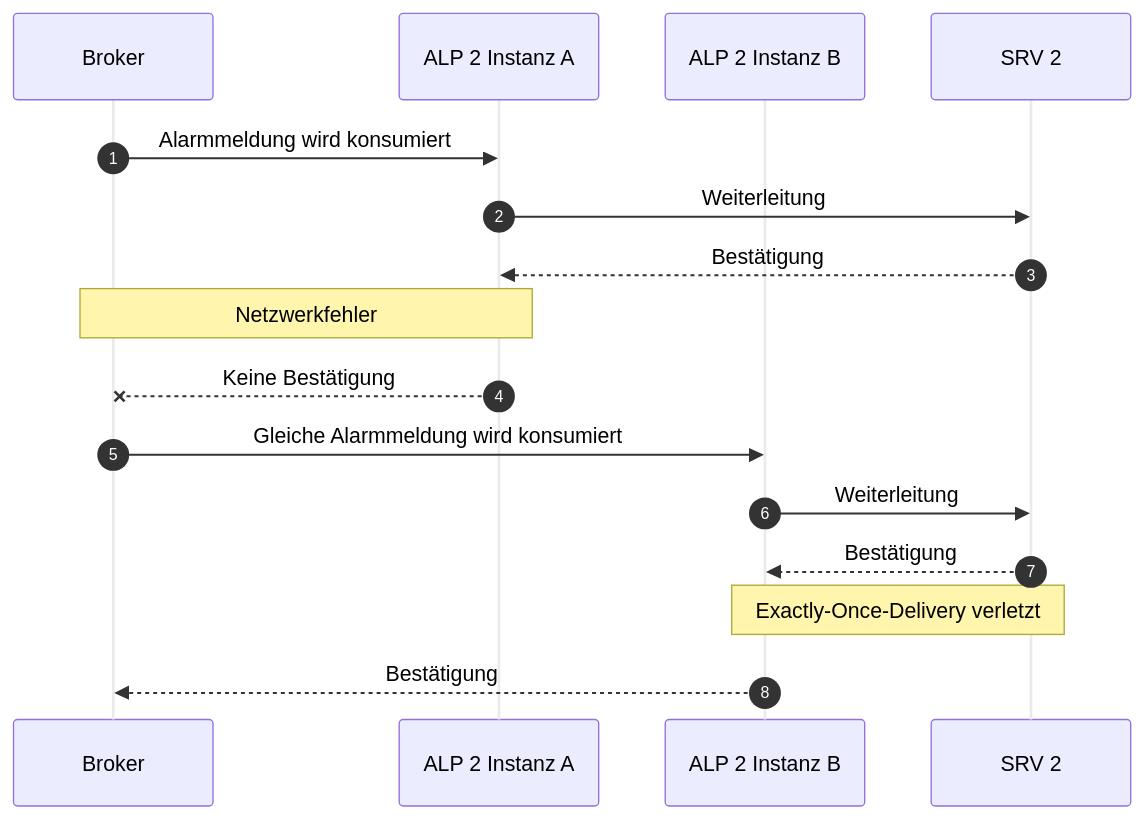
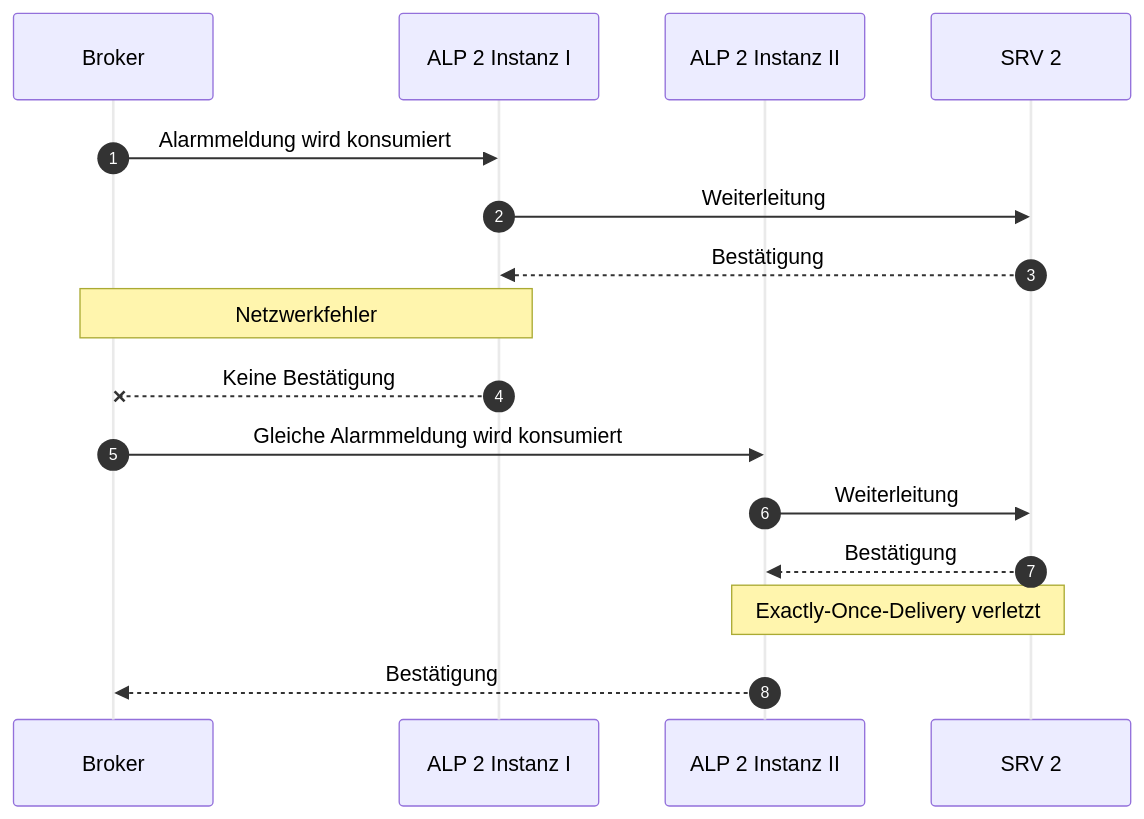
One commit to JadKHaddad/MT changed the diagram in mermaid/a_lps_exactly_once_delivery_dup.mmd. Above: the diagram before and after it, drawn with Mermaid. The commit also changed 30 other files, not shown here.

Commit message:
update mermaid diagrams

```diff
--- a/mermaid/a_lps_exactly_once_delivery_dup.mmd
+++ b/mermaid/a_lps_exactly_once_delivery_dup.mmd
@@ -1,19 +1,19 @@
 %%{init: { 'themeVariables': { 'actorLineColor': '#EAEAEA', 'signalTextColor': '#000000' } } }%%
 sequenceDiagram
     autonumber
     participant B as Broker
-    participant L1 as ALP 2 Instanz A
-    participant L2 as ALP 2 Instanz B
+    participant L1 as ALP 2 Instanz I
+    participant L2 as ALP 2 Instanz II
     participant S as SRV 2
 
     B->>L1: Alarmmeldung wird konsumiert
     L1->>S: Weiterleitung
     S-->>L1: Bestätigung
     Note over B,L1: Netzwerkfehler
     L1--xB: Keine Bestätigung
 
     B->>L2: Gleiche Alarmmeldung wird konsumiert
     L2->>S: Weiterleitung
     S-->>L2: Bestätigung
     Note over L2,S: Exactly-Once-Delivery verletzt
     L2-->>B: Bestätigung
```
